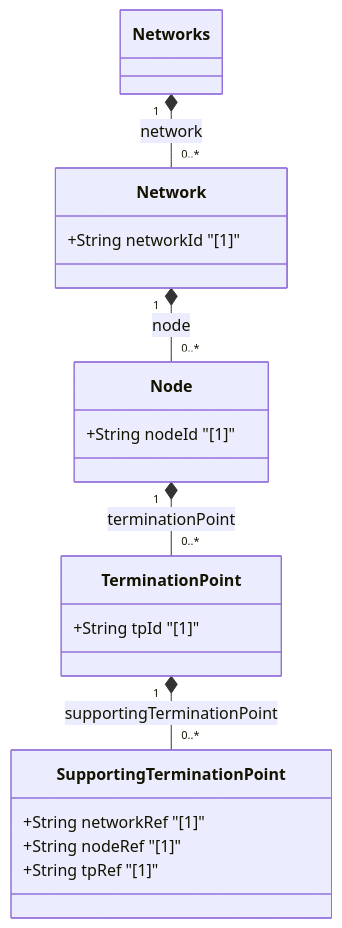
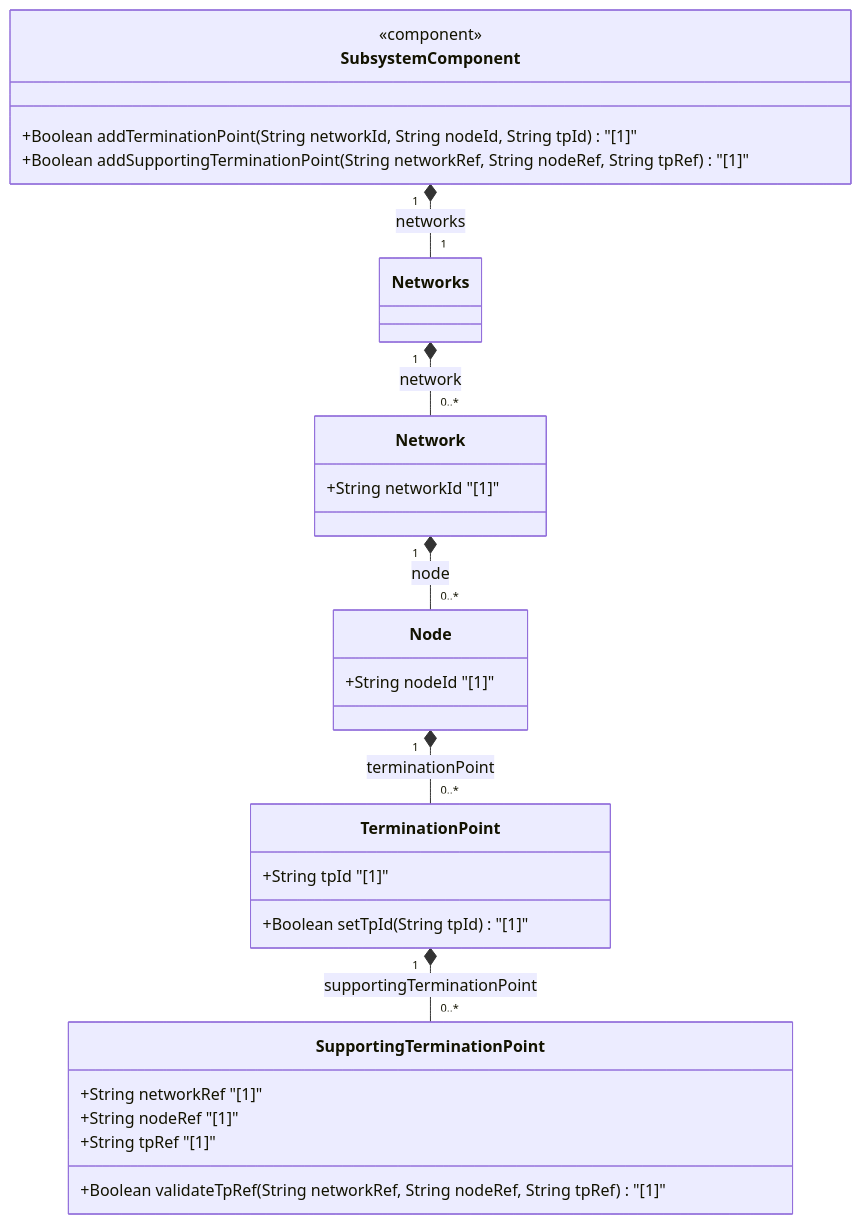
The diagram in docs/features/feat-27-termination-point-data-model.md (gintatkinson/3dgs-037), drawn with Mermaid before and after one commit. The commit also changed other lines of this file and 19 other files, not shown here.

````diff
--- a/docs/features/feat-27-termination-point-data-model.md
+++ b/docs/features/feat-27-termination-point-data-model.md
@@ -24,23 +24,31 @@
 ```mermaid
 classDiagram
+    class SubsystemComponent {
+        <<component>>
+        +Boolean addTerminationPoint(String networkId, String nodeId, String tpId) "[1]"
+        +Boolean addSupportingTerminationPoint(String networkRef, String nodeRef, String tpRef) "[1]"
+    }
     class Networks {
     }
     class Network {
         +String networkId "[1]"
     }
     class Node {
         +String nodeId "[1]"
     }
     class TerminationPoint {
         +String tpId "[1]"
+        +Boolean setTpId(String tpId) "[1]"
     }
     class SupportingTerminationPoint {
         +String networkRef "[1]"
         +String nodeRef "[1]"
         +String tpRef "[1]"
+        +Boolean validateTpRef(String networkRef, String nodeRef, String tpRef) "[1]"
     }
+    SubsystemComponent "1" *-- "1" Networks : networks
     Networks "1" *-- "0..*" Network : network
     Network "1" *-- "0..*" Node : node
     Node "1" *-- "0..*" TerminationPoint : terminationPoint
     TerminationPoint "1" *-- "0..*" SupportingTerminationPoint : supportingTerminationPoint
 ```
````
